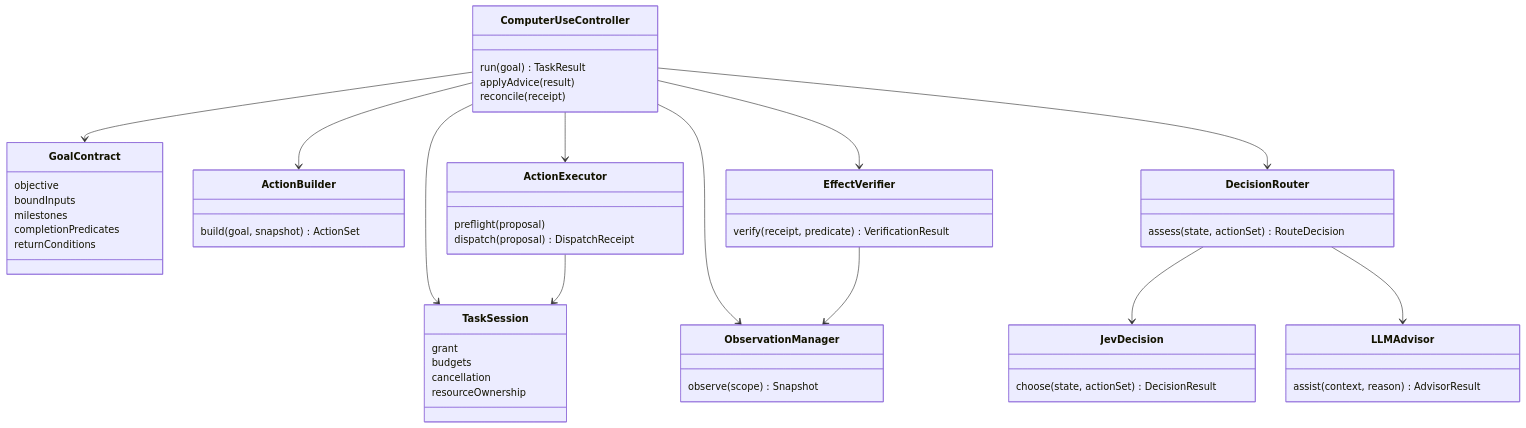
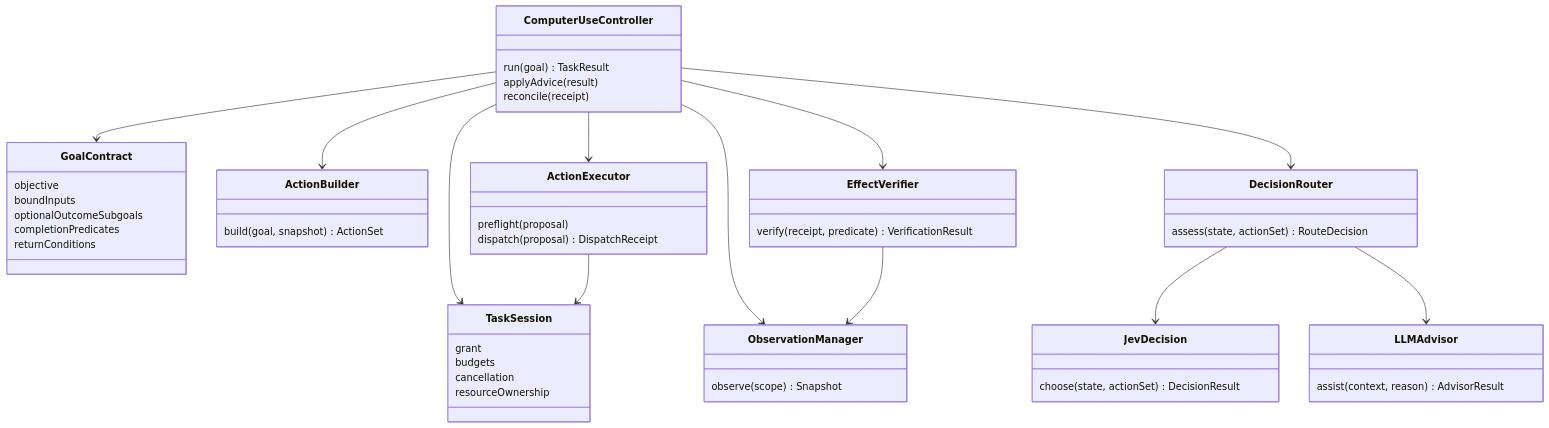
Before and after one commit to zbcjackson/tank: the second of 5 diagrams in docs/plans/active/computer-use-strategy-ladder.md, drawn with Mermaid. The commit also changed other lines of this file and 1 other file, not shown here.

````diff
--- a/docs/plans/active/computer-use-strategy-ladder.md
+++ b/docs/plans/active/computer-use-strategy-ladder.md
@@ -90,54 +93,54 @@
 ```mermaid
 classDiagram
     class TaskSession {
         grant
         budgets
         cancellation
         resourceOwnership
     }
     class GoalContract {
         objective
         boundInputs
-        milestones
+        optionalOutcomeSubgoals
         completionPredicates
         returnConditions
     }
     class ComputerUseController {
         run(goal) TaskResult
         applyAdvice(result)
         reconcile(receipt)
     }
     class ObservationManager {
         observe(scope) Snapshot
     }
     class ActionBuilder {
         build(goal, snapshot) ActionSet
     }
     class DecisionRouter {
         assess(state, actionSet) RouteDecision
     }
     class JevDecision {
         choose(state, actionSet) DecisionResult
     }
     class LLMAdvisor {
         assist(context, reason) AdvisorResult
     }
     class ActionExecutor {
         preflight(proposal)
         dispatch(proposal) DispatchReceipt
     }
     class EffectVerifier {
         verify(receipt, predicate) VerificationResult
     }
     ComputerUseController --> TaskSession
     ComputerUseController --> GoalContract
     ComputerUseController --> ObservationManager
     ComputerUseController --> ActionBuilder
     ComputerUseController --> DecisionRouter
     DecisionRouter --> JevDecision
     DecisionRouter --> LLMAdvisor
     ComputerUseController --> ActionExecutor
     ComputerUseController --> EffectVerifier
     ActionExecutor --> TaskSession
     EffectVerifier --> ObservationManager
 ```
````
